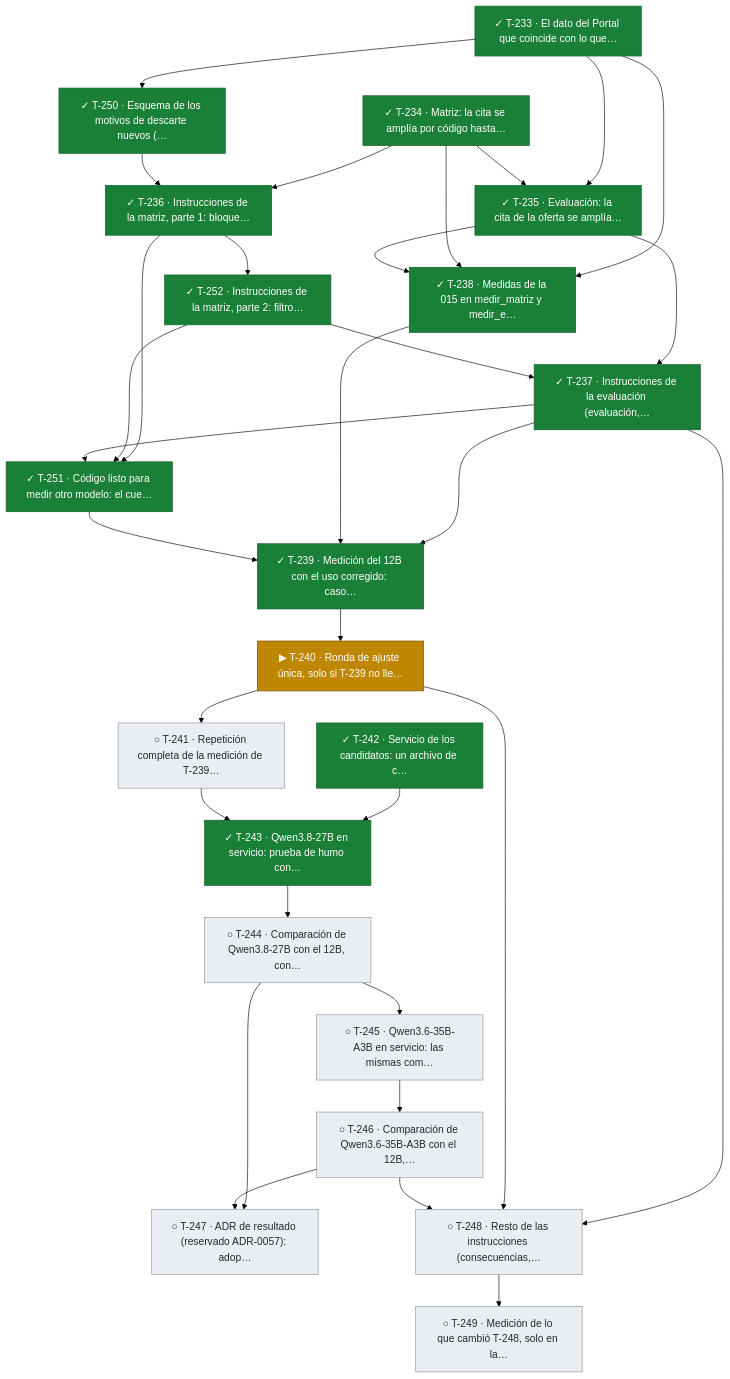
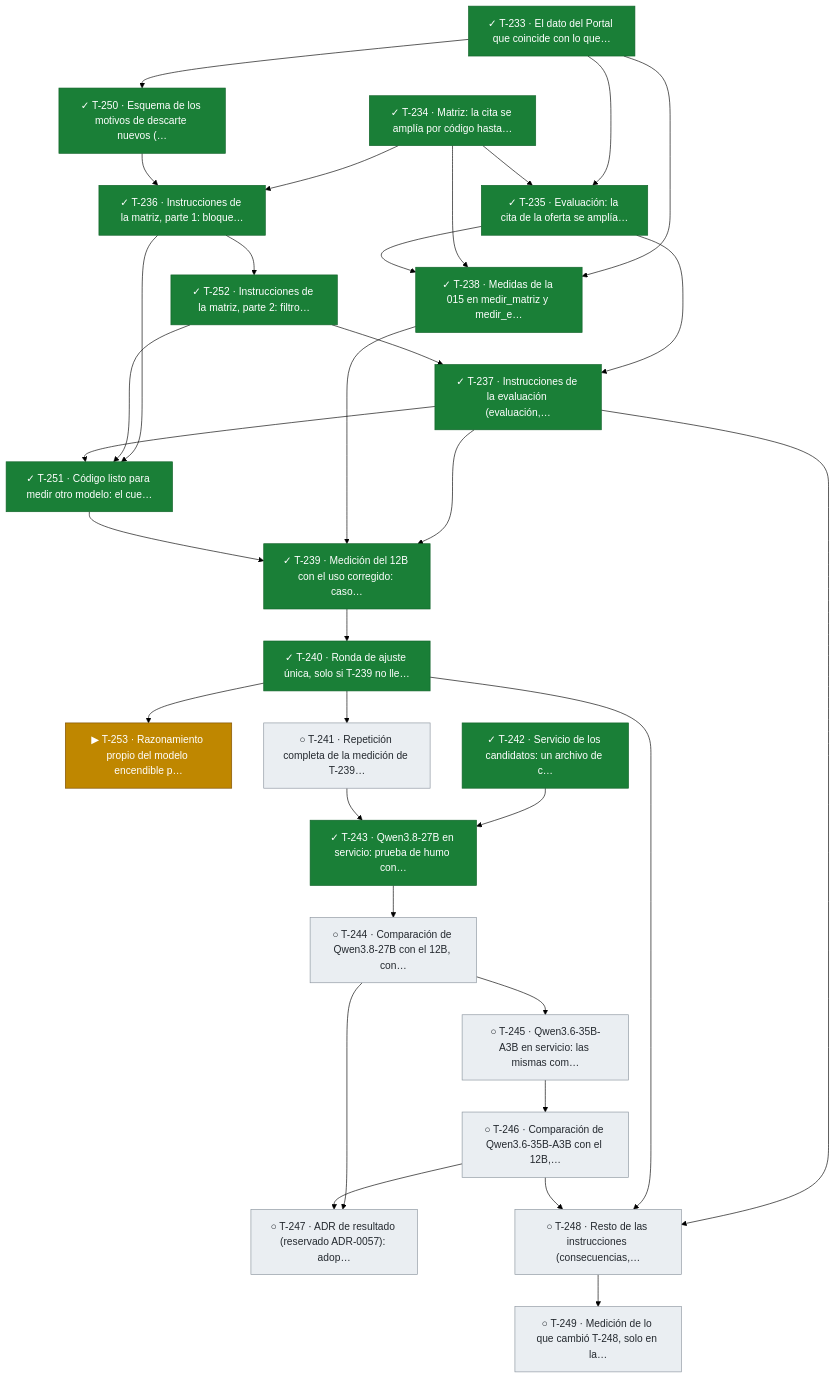
Before and after one commit to snavello/EVALUON: diagram 17 of 17 in docs/tablero.md, drawn with Mermaid (forest theme). The commit also changed other lines of this file and 1 other file, not shown here.

Commit message:
gestión: integra T-240 (ronda de ajuste verificada) y suma T-253 (razonamiento del modelo)

````diff
--- a/docs/tablero.md
+++ b/docs/tablero.md
@@ -1320,58 +1321,60 @@
 ```mermaid
 flowchart TD
   T233["✓ T-233 · El dato del Portal que coincide con lo que…"]:::done
   T234["✓ T-234 · Matriz: la cita se amplía por código hasta…"]:::done
   T250["✓ T-250 · Esquema de los motivos de descarte nuevos (…"]:::done
   T235["✓ T-235 · Evaluación: la cita de la oferta se amplía…"]:::done
   T236["✓ T-236 · Instrucciones de la matriz, parte 1: bloque…"]:::done
   T252["✓ T-252 · Instrucciones de la matriz, parte 2: filtro…"]:::done
+  T253["▶ T-253 · Razonamiento propio del modelo encendible p…"]:::active
   T237["✓ T-237 · Instrucciones de la evaluación (evaluación,…"]:::done
   T251["✓ T-251 · Código listo para medir otro modelo: el cue…"]:::done
   T238["✓ T-238 · Medidas de la 015 en medir_matriz y medir_e…"]:::done
   T239["✓ T-239 · Medición del 12B con el uso corregido: caso…"]:::done
-  T240["▶ T-240 · Ronda de ajuste única, solo si T-239 no lle…"]:::active
+  T240["✓ T-240 · Ronda de ajuste única, solo si T-239 no lle…"]:::done
   T241["○ T-241 · Repetición completa de la medición de T-239…"]:::todo
   T242["✓ T-242 · Servicio de los candidatos: un archivo de c…"]:::done
   T243["✓ T-243 · Qwen3.8-27B en servicio: prueba de humo con…"]:::done
   T244["○ T-244 · Comparación de Qwen3.8-27B con el 12B, con…"]:::todo
   T245["○ T-245 · Qwen3.6-35B-A3B en servicio: las mismas com…"]:::todo
   T246["○ T-246 · Comparación de Qwen3.6-35B-A3B con el 12B,…"]:::todo
   T247["○ T-247 · ADR de resultado (reservado ADR-0057): adop…"]:::todo
   T248["○ T-248 · Resto de las instrucciones (consecuencias,…"]:::todo
   T249["○ T-249 · Medición de lo que cambió T-248, solo en la…"]:::todo
   T233 --> T250
   T233 --> T235
   T234 --> T235
   T234 --> T236
   T250 --> T236
   T236 --> T252
+  T240 --> T253
   T235 --> T237
   T252 --> T237
   T236 --> T251
   T252 --> T251
   T237 --> T251
   T233 --> T238
   T234 --> T238
   T235 --> T238
   T237 --> T239
   T238 --> T239
   T251 --> T239
   T239 --> T240
   T240 --> T241
   T242 --> T243
   T241 --> T243
   T243 --> T244
   T244 --> T245
   T245 --> T246
   T244 --> T247
   T246 --> T247
   T237 --> T248
   T240 --> T248
   T246 --> T248
   T248 --> T249
   classDef done fill:#1a7f37,stroke:#116329,color:#ffffff
   classDef review fill:#0969da,stroke:#0550ae,color:#ffffff
   classDef active fill:#bf8700,stroke:#7d4e00,color:#ffffff
   classDef blocked fill:#cf222e,stroke:#a40e26,color:#ffffff
   classDef todo fill:#eaeef2,stroke:#8c959f,color:#24292f
 ```
````
